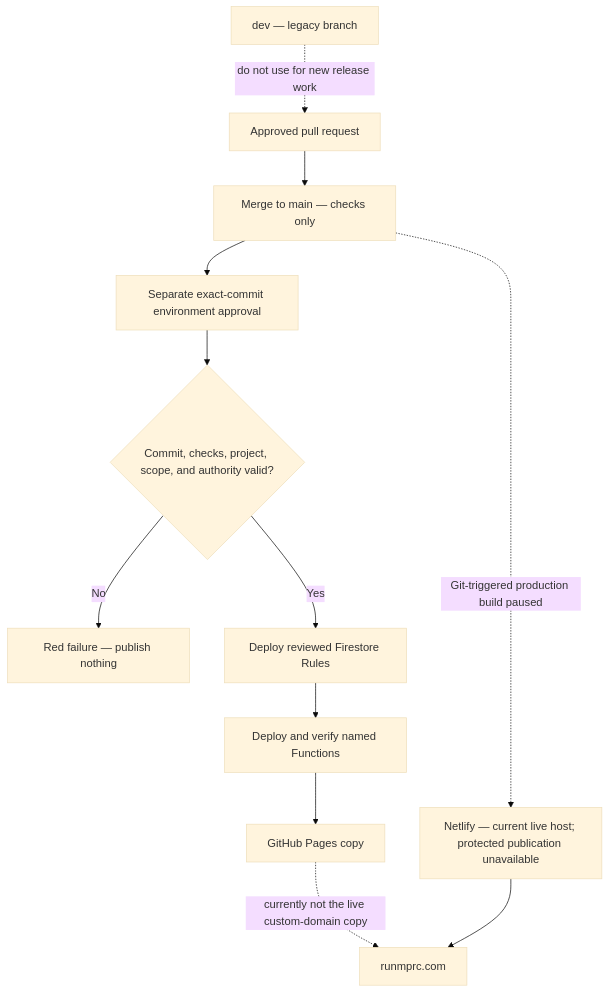
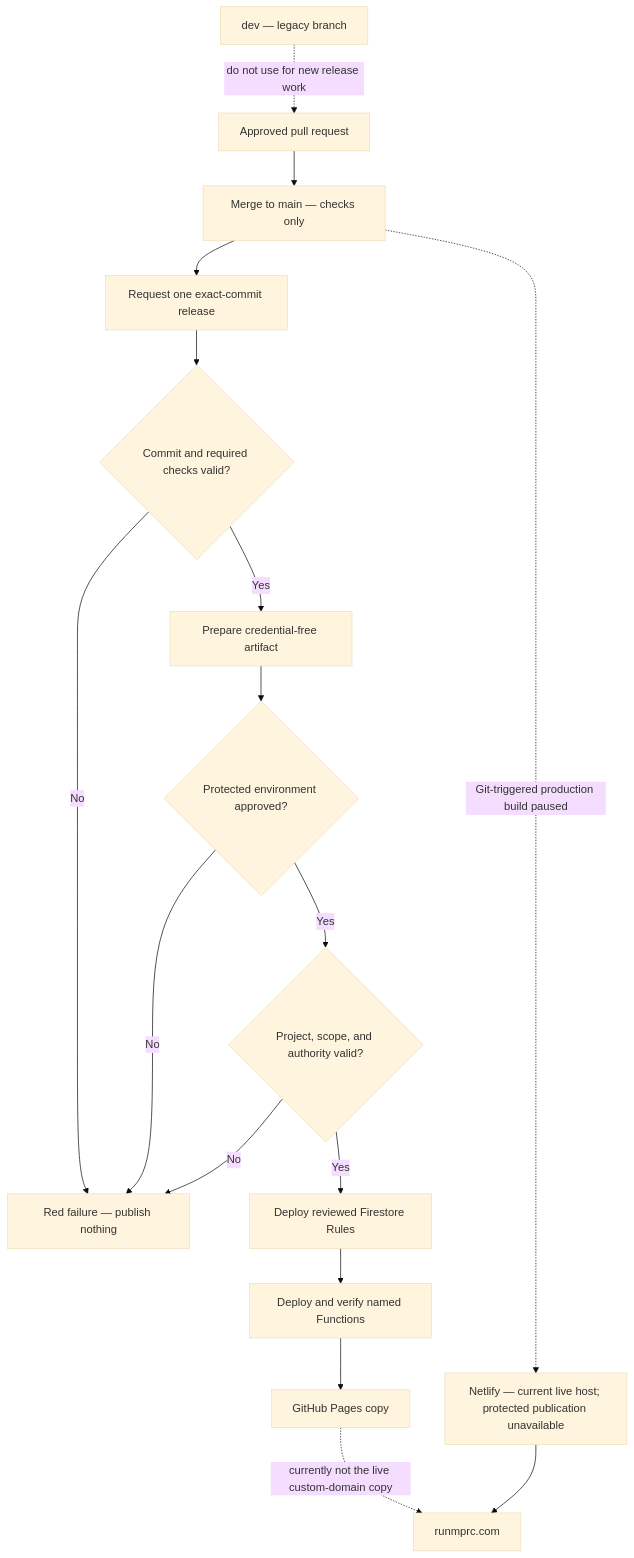
The third of 5 diagrams in docs/officers/SYSTEM_MAPS.md (Run-MPRC/Run-MPRC.github.io), drawn with Mermaid (base theme) before and after one commit. The commit also changed other lines of this file and 5 other files, not shown here.

Commit message:
ci: validate release plan and approval order

````diff
--- a/docs/officers/SYSTEM_MAPS.md
+++ b/docs/officers/SYSTEM_MAPS.md
@@ -46,14 +46,19 @@
 ```mermaid
 flowchart TD
     PR["Approved pull request"] --> Main["Merge to main — checks only"]
-    Main --> Approval["Separate exact-commit environment approval"]
-    Approval --> Preflight{"Commit, checks, project, scope, and authority valid?"}
+    Main --> Request["Request one exact-commit release"]
+    Request --> Preflight{"Commit and required checks valid?"}
     Preflight -- "No" --> Stop["Red failure — publish nothing"]
-    Preflight -- "Yes" --> Rules["Deploy reviewed Firestore Rules"]
+    Preflight -- "Yes" --> Prepare["Prepare credential-free artifact"]
+    Prepare --> Approval{"Protected environment approved?"}
+    Approval -- "No" --> Stop
+    Approval -- "Yes" --> Gate{"Project, scope, and authority valid?"}
+    Gate -- "No" --> Stop
+    Gate -- "Yes" --> Rules["Deploy reviewed Firestore Rules"]
     Rules --> Functions["Deploy and verify named Functions"]
     Functions --> Pages["GitHub Pages copy"]
     Main -. "Git-triggered production build paused" .-> Netlify
     Netlify["Netlify — current live host; protected publication unavailable"] --> Live["runmprc.com"]
     Pages -. "currently not the live custom-domain copy" .-> Live
     Dev["dev — legacy branch"] -. "do not use for new release work" .-> PR
 ```
````
